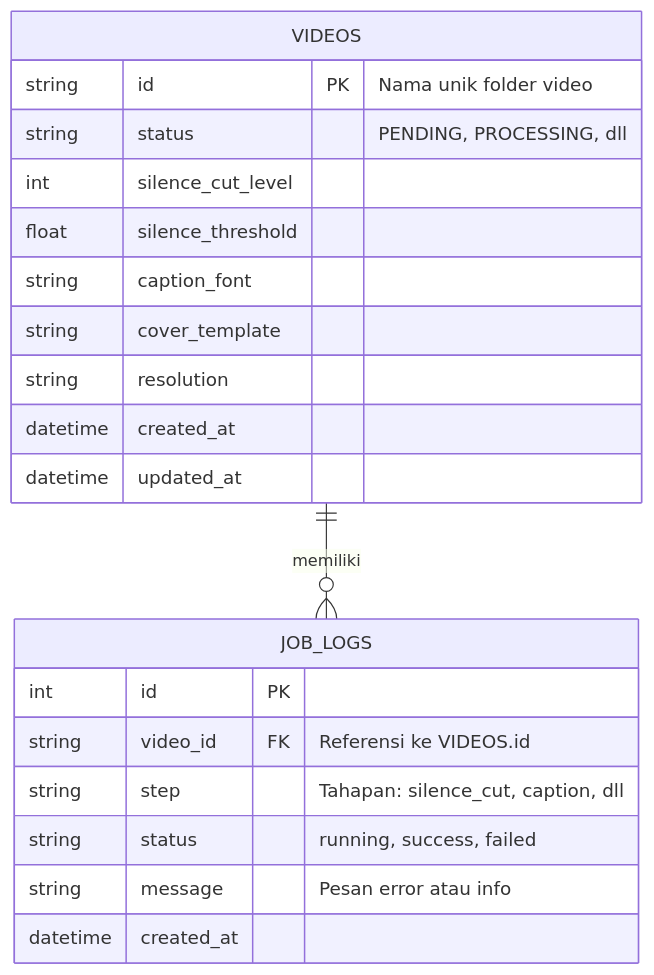
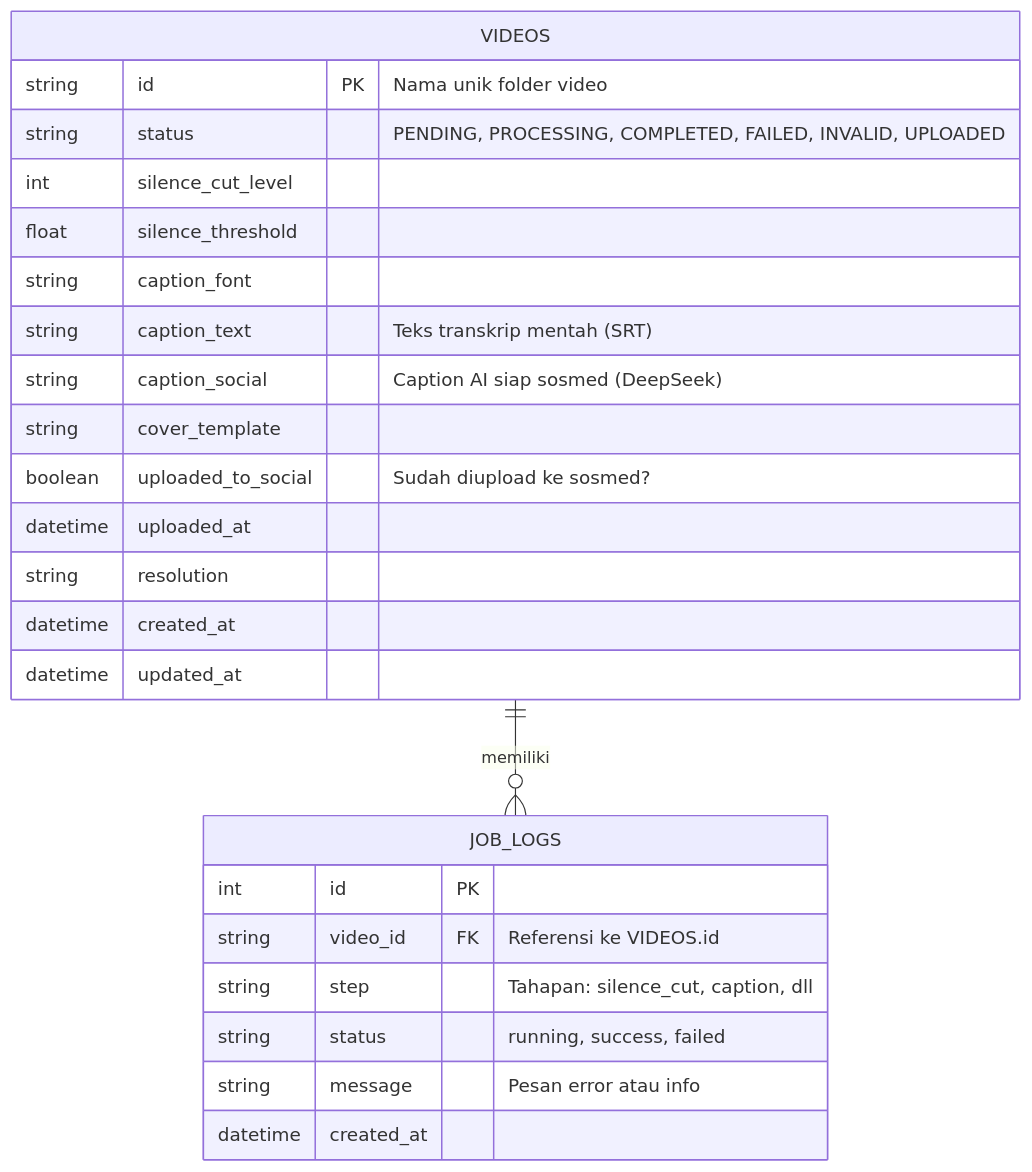
The fourth of 4 diagrams in PRD_claude II.md (Muhira007/vidflow-studio), drawn with Mermaid before and after one commit. The commit also changed other lines of this file and 24 other files, not shown here.

First line of the commit message:
feat: AI pipeline — VAD speech detection, DeepSeek social caption, AI cover titles

````diff
--- a/PRD_claude II.md
+++ b/PRD_claude II.md
@@ -289,25 +341,29 @@
 ```mermaid
 erDiagram
     VIDEOS ||--o{ JOB_LOGS : "memiliki"
     
     VIDEOS {
         string id PK "Nama unik folder video"
-        string status "PENDING, PROCESSING, dll"
+        string status "PENDING, PROCESSING, COMPLETED, FAILED, INVALID, UPLOADED"
         int silence_cut_level
         float silence_threshold
         string caption_font
+        string caption_text "Teks transkrip mentah (SRT)"
+        string caption_social "Caption AI siap sosmed (DeepSeek)"
         string cover_template
+        boolean uploaded_to_social "Sudah diupload ke sosmed?"
+        datetime uploaded_at
         string resolution
         datetime created_at
         datetime updated_at
     }
     
     JOB_LOGS {
         int id PK
         string video_id FK "Referensi ke VIDEOS.id"
         string step "Tahapan: silence_cut, caption, dll"
         string status "running, success, failed"
         string message "Pesan error atau info"
         datetime created_at
     }
 ```
````
